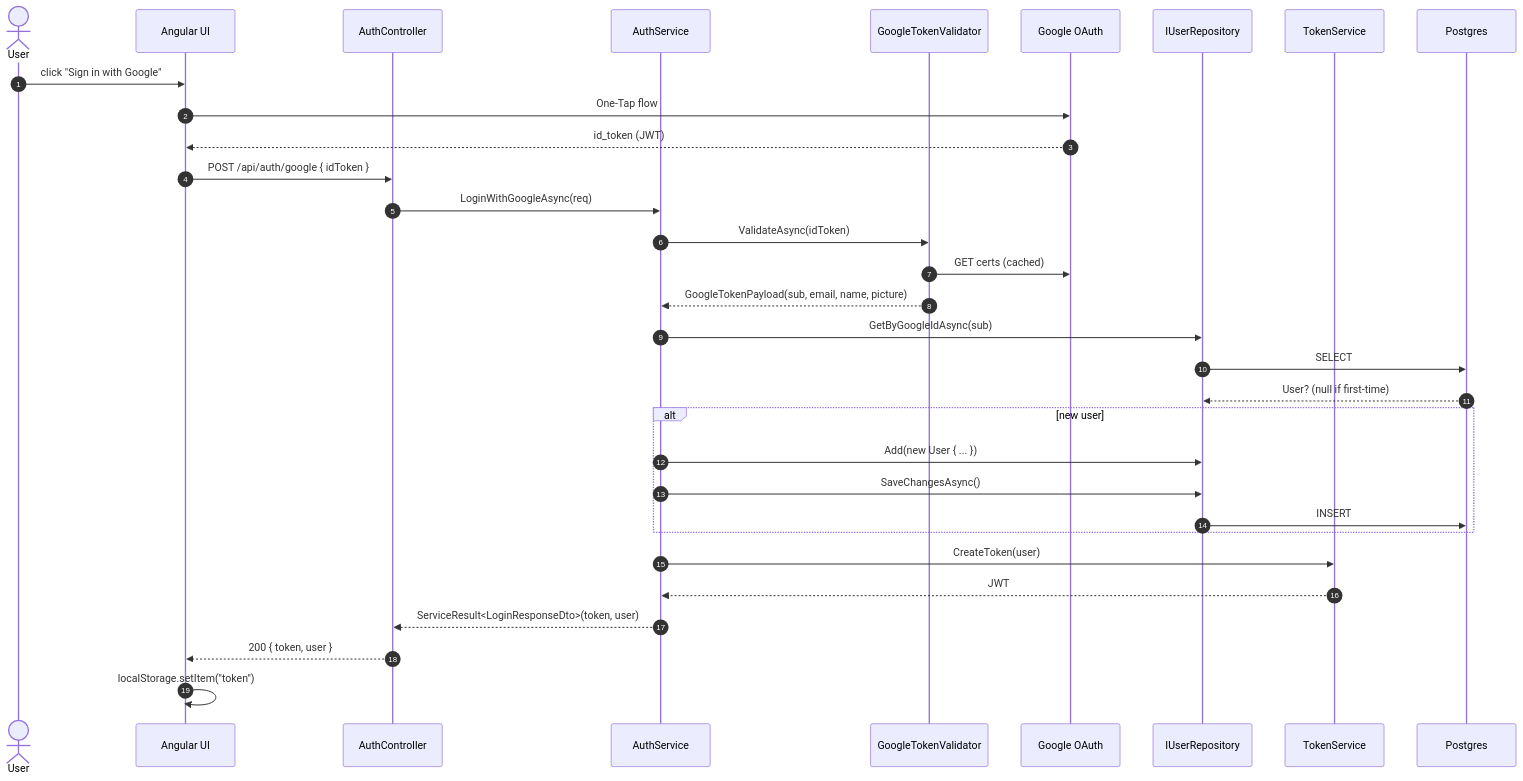
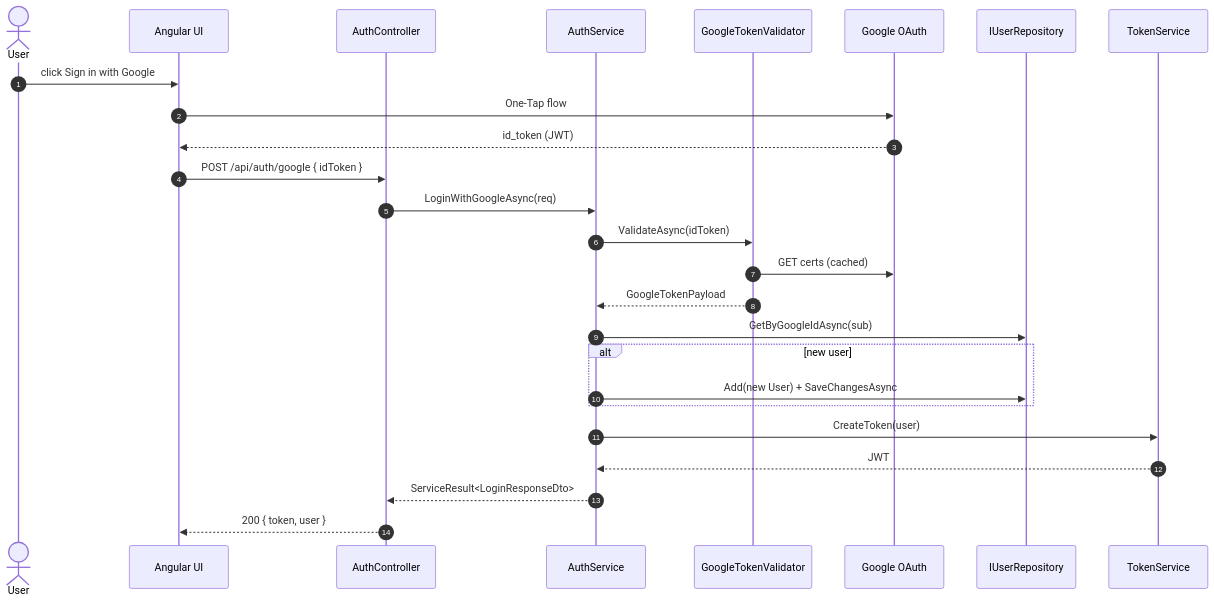
The first of 5 diagrams in diagrams/backend/06-flows.md (Dockdep/LessonHub), drawn with Mermaid before and after one commit. The commit also changed other lines of this file and 36 other files, not shown here.

````diff
--- a/diagrams/backend/06-flows.md
+++ b/diagrams/backend/06-flows.md
@@ -7,35 +7,29 @@
 ```mermaid
 sequenceDiagram
   autonumber
   actor User
   participant UI as Angular UI
   participant API as AuthController
   participant Svc as AuthService
   participant GTV as GoogleTokenValidator
   participant Goog as Google OAuth
   participant Repo as IUserRepository
   participant TS as TokenService
-  participant DB as Postgres
 
-  User->>UI: click "Sign in with Google"
+  User->>UI: click Sign in with Google
   UI->>Goog: One-Tap flow
   Goog-->>UI: id_token (JWT)
   UI->>API: POST /api/auth/google { idToken }
   API->>Svc: LoginWithGoogleAsync(req)
   Svc->>GTV: ValidateAsync(idToken)
   GTV->>Goog: GET certs (cached)
-  GTV-->>Svc: GoogleTokenPayload(sub, email, name, picture)
+  GTV-->>Svc: GoogleTokenPayload
   Svc->>Repo: GetByGoogleIdAsync(sub)
-  Repo->>DB: SELECT
-  DB-->>Repo: User? (null if first-time)
   alt new user
-    Svc->>Repo: Add(new User { ... })
-    Svc->>Repo: SaveChangesAsync()
-    Repo->>DB: INSERT
+    Svc->>Repo: Add(new User) + SaveChangesAsync
   end
   Svc->>TS: CreateToken(user)
   TS-->>Svc: JWT
-  Svc-->>API: ServiceResult<LoginResponseDto>(token, user)
+  Svc-->>API: ServiceResult<LoginResponseDto>
   API-->>UI: 200 { token, user }
-  UI->>UI: localStorage.setItem("token")
 ```
````
